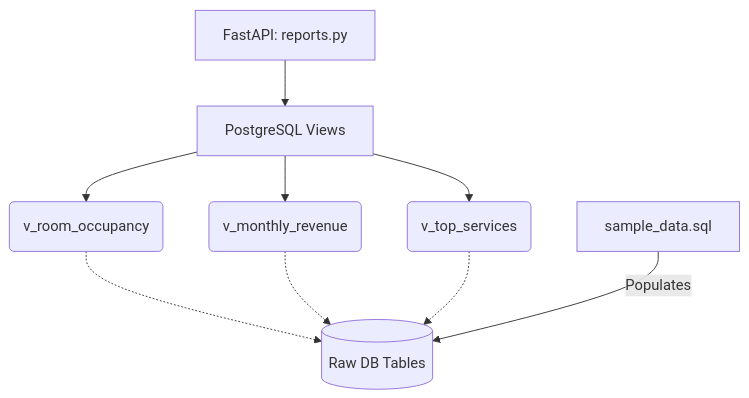
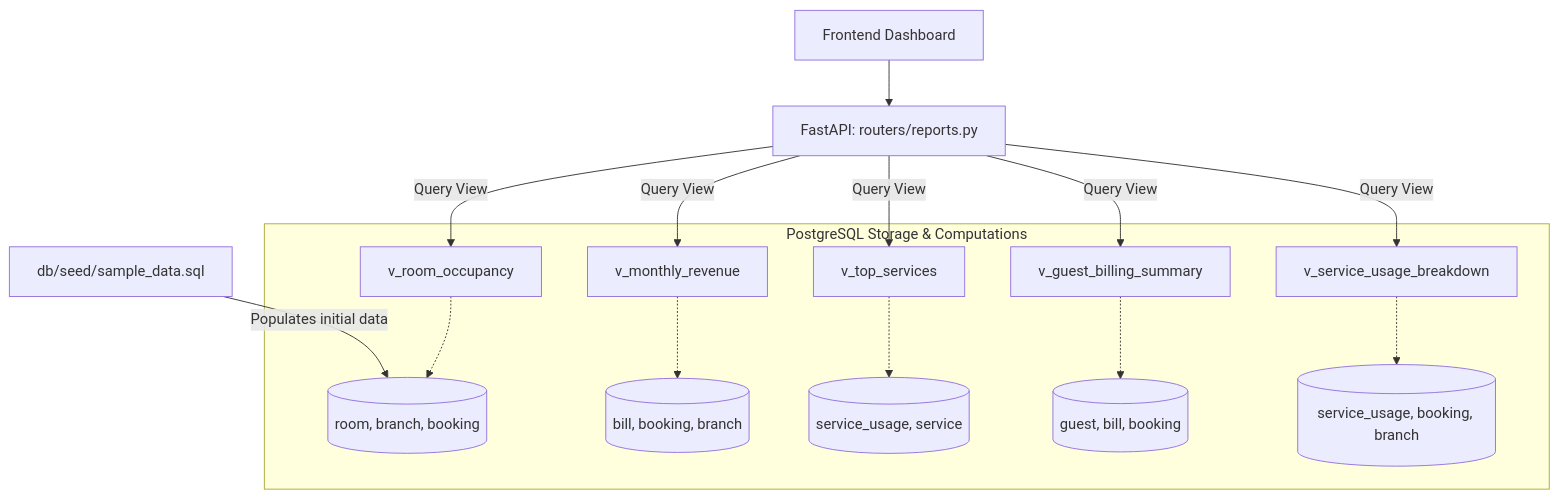
Before and after one commit to SithumDFernando/Hotel_Management_System_DB_G33: the diagram in docs/work/sadeepa.md, drawn with Mermaid. The commit also changed other lines of this file and 8 other files, not shown here.

````diff
--- a/docs/work/sadeepa.md
+++ b/docs/work/sadeepa.md
@@ -22,14 +90,20 @@
 ```mermaid
 flowchart TD
-    API[FastAPI: reports.py] --> VIEW[PostgreSQL Views]
+    UI[Frontend Dashboard] --> API[FastAPI: routers/reports.py]
     
-    VIEW --> V1(v_room_occupancy)
-    VIEW --> V2(v_monthly_revenue)
-    VIEW --> V3(v_top_services)
+    API -->|Query View| V1[v_room_occupancy]
+    API -->|Query View| V2[v_monthly_revenue]
+    API -->|Query View| V3[v_top_services]
+    API -->|Query View| V4[v_guest_billing_summary]
+    API -->|Query View| V5[v_service_usage_breakdown]
 
-    V1 -.-> DB[(Raw DB Tables)]
-    V2 -.-> DB
-    V3 -.-> DB
+    subgraph "PostgreSQL Storage & Computations"
+        V1 -.-> RAW1[(room, branch, booking)]
+        V2 -.-> RAW2[(bill, booking, branch)]
+        V3 -.-> RAW3[(service_usage, service)]
+        V4 -.-> RAW4[(guest, bill, booking)]
+        V5 -.-> RAW5[(service_usage, booking, branch)]
+    end
 
-    SEED[sample_data.sql] -->|Populates| DB
+    SEED[db/seed/sample_data.sql] -->|Populates initial data| RAW1
 ```
````
